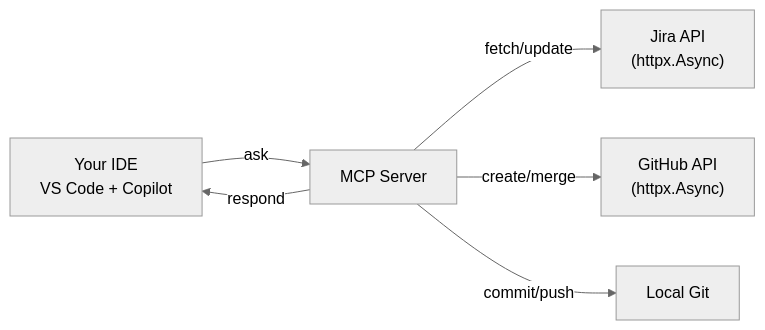
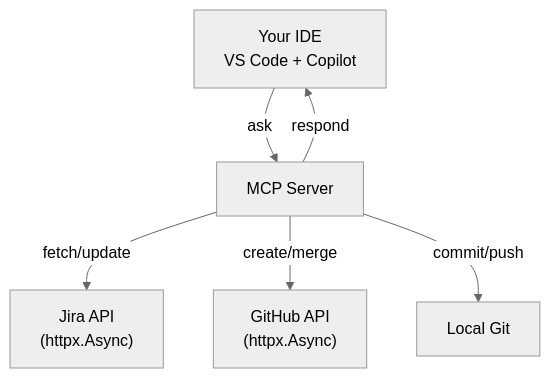
One commit to TamarEngel/jira-github-mcp changed the diagram in README.md. Above: the diagram before and after it, drawn with Mermaid (neutral theme).

````diff
--- a/README.md
+++ b/README.md
@@ -179,15 +179,16 @@
 ```mermaid
-%%{init: {'flowchart': {'htmlLabels': true, 'useMaxWidth': false}}}%%
-graph LR
+graph TB
     IDE["Your IDE<br/>VS Code + Copilot"]
     MCP["MCP Server"]
     JIRA["Jira API<br/>(httpx.Async)"]
     GITHUB["GitHub API<br/>(httpx.Async)"]
     GIT["Local Git"]
-    
+
     IDE -->|ask| MCP
+    MCP -->|respond| IDE
+
     MCP -->|fetch/update| JIRA
     MCP -->|create/merge| GITHUB
     MCP -->|commit/push| GIT
-    MCP -->|respond| IDE
+
 ```
````
